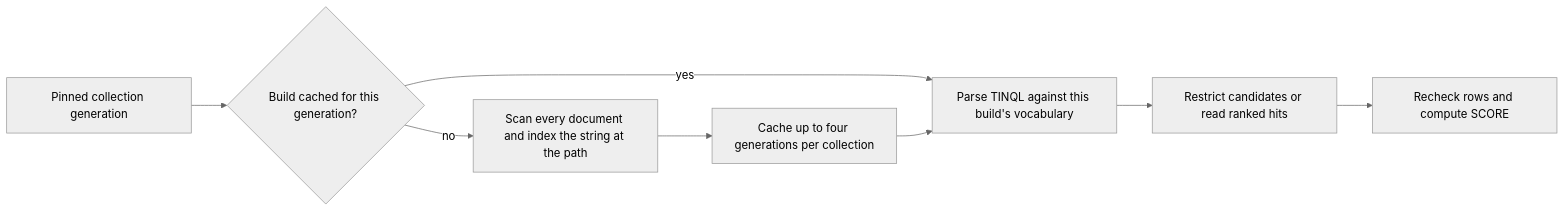
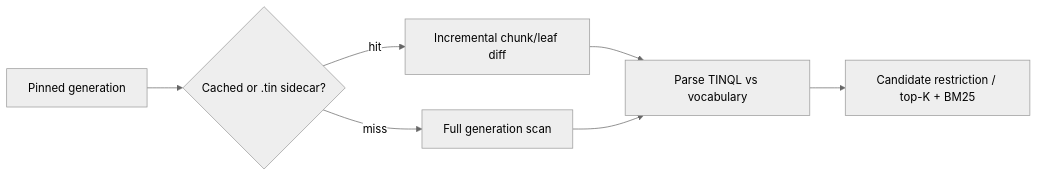
One commit to thesyncim/vibedb changed the diagram in docs/api/search.md. Above: the diagram before and after it, drawn with Mermaid (neutral theme). The commit also changed other lines of this file and 1871 other files, not shown here.

````diff
--- a/docs/api/search.md
+++ b/docs/api/search.md
@@ -250,10 +99,9 @@
 ```mermaid
 flowchart LR
-    Snap[Pinned collection generation] --> Build{Build cached for this generation?}
-    Build -- no --> Scan[Scan every document and index the string at the path]
-    Scan --> Cache[Cache up to four generations per collection]
-    Build -- yes --> Parse[Parse TINQL against this build's vocabulary]
-    Cache --> Parse
-    Parse --> Restrict[Restrict candidates or read ranked hits]
-    Restrict --> Recheck[Recheck rows and compute SCORE]
+    Gen[Pinned generation] --> Cache{Cached or .tin sidecar?}
+    Cache -- hit --> Diff[Incremental chunk/leaf diff]
+    Cache -- miss --> Scan[Full generation scan]
+    Diff --> Parse[Parse TINQL vs vocabulary]
+    Scan --> Parse
+    Parse --> Eval[Candidate restriction / top-K + BM25]
 ```
````
